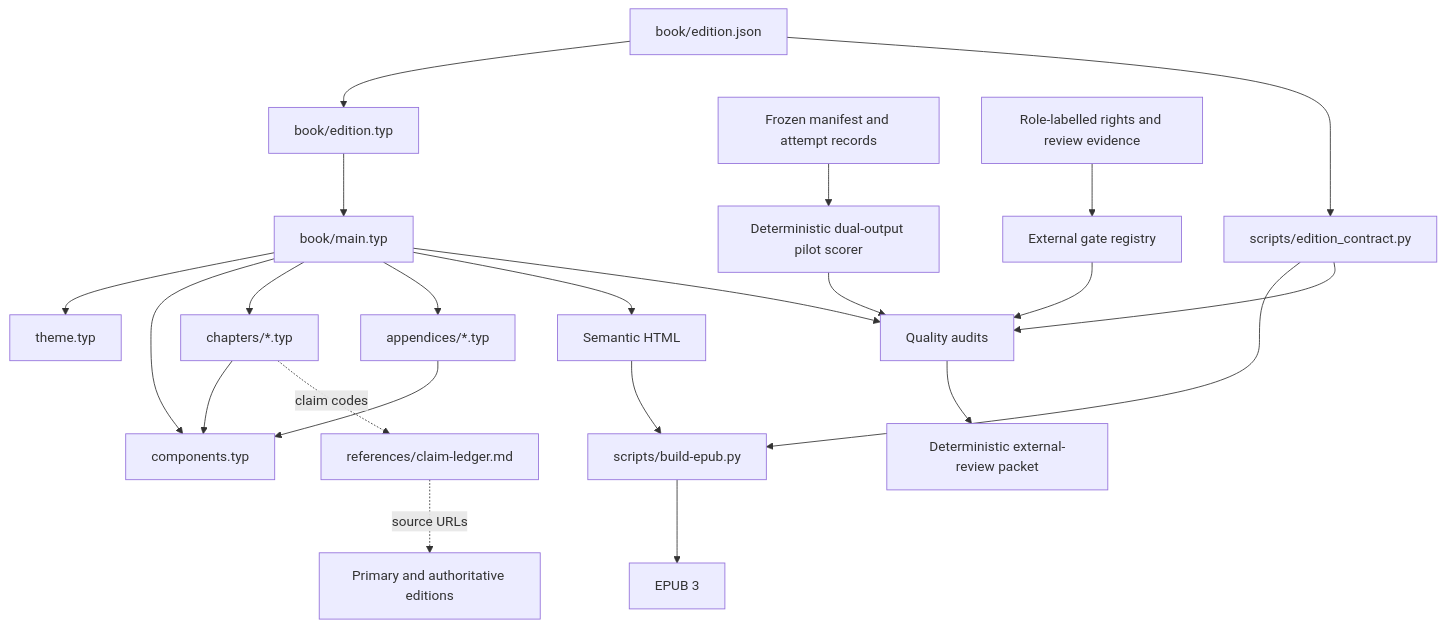
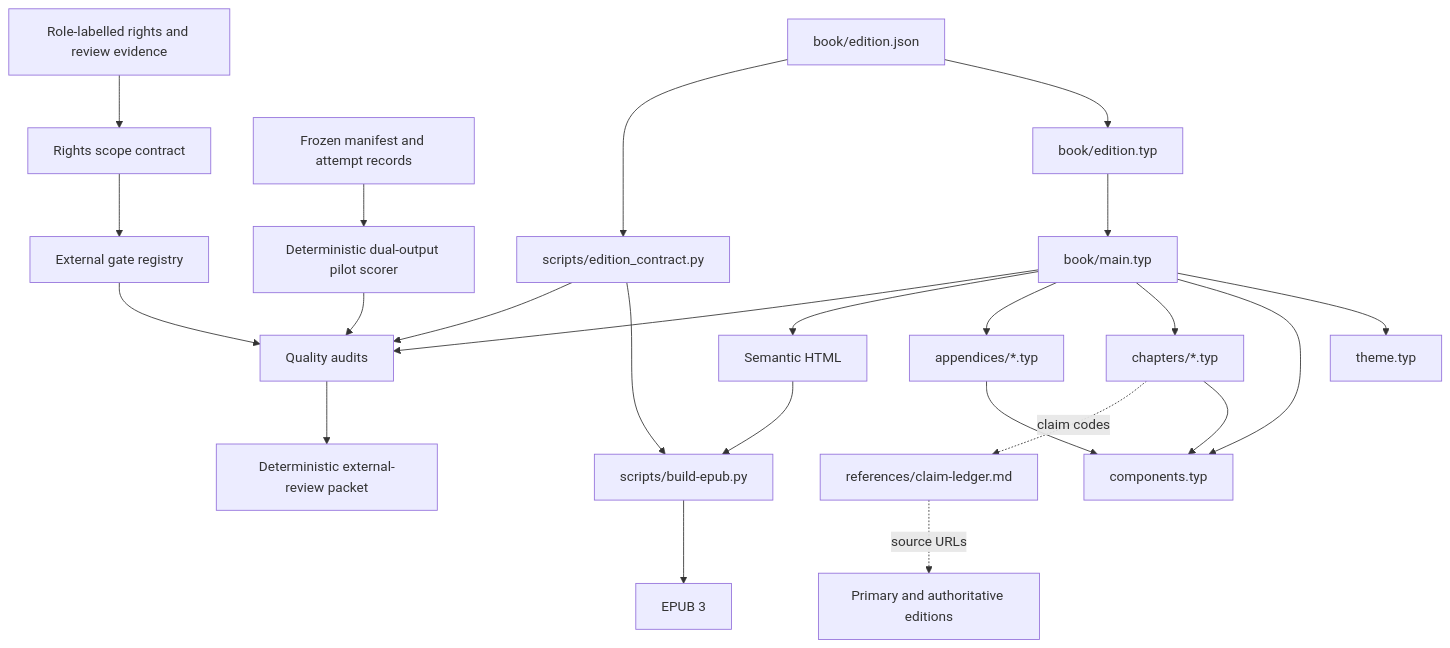
One commit to streamentry/streamentry changed the second of 5 diagrams in AGENTS.md. Above: the diagram before and after it, drawn with Mermaid. The commit also changed other lines of this file and 19 other files, not shown here.

Commit message:
Harden the redistribution rights evidence gate

````diff
--- a/AGENTS.md
+++ b/AGENTS.md
@@ -115,25 +115,26 @@
 ```mermaid
 flowchart TB
   D["book/edition.json"] --> Y["book/edition.typ"]
   D --> Z["scripts/edition_contract.py"]
   Y --> M["book/main.typ"]
   M["book/main.typ"] --> T["theme.typ"]
   M --> C["components.typ"]
   M --> H["chapters/*.typ"]
   M --> A["appendices/*.typ"]
   M --> E["Semantic HTML"]
   E --> P["scripts/build-epub.py"]
   Z --> P
   Z --> Q
   P --> U["EPUB 3"]
   M --> Q["Quality audits"]
   N["Frozen manifest and attempt records"] --> G["Deterministic dual-output pilot scorer"]
   G --> Q
   X["External gate registry"] --> Q
-  R["Role-labelled rights and review evidence"] --> X
+  R["Role-labelled rights and review evidence"] --> RC["Rights scope contract"]
+  RC --> X
   Q --> W["Deterministic external-review packet"]
   H --> C
   A --> C
   H -. "claim codes" .-> L["references/claim-ledger.md"]
   L -. "source URLs" .-> S["Primary and authoritative editions"]
 ```
````
